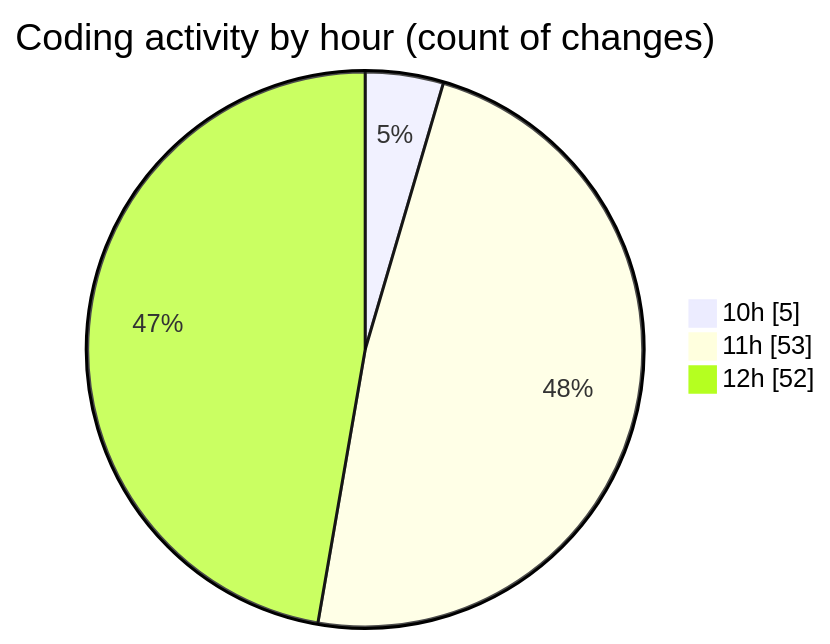
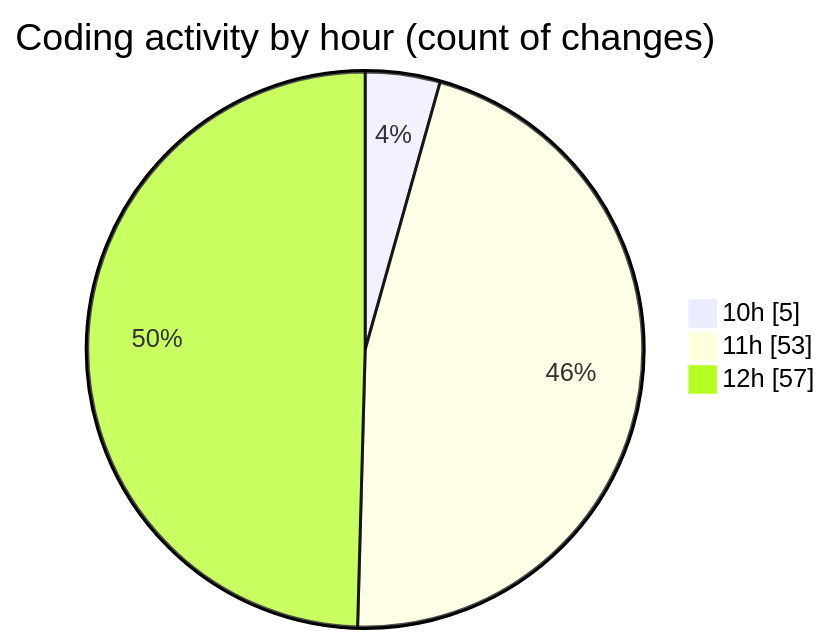
One commit to momahboobian/code-tracking changed the second of 2 diagrams in 2025-06-17/cda/README.md. Above: the diagram before and after it, drawn with Mermaid. The commit also changed other lines of this file and 1 other file, not shown here.

````diff
--- a/2025-06-17/cda/README.md
+++ b/2025-06-17/cda/README.md
@@ -34,7 +34,7 @@
 ```mermaid
 pie showData
 title Coding activity by hour (count of changes)
 "10h" : 5
 "11h" : 53
-"12h" : 52
+"12h" : 57
 ```
````
